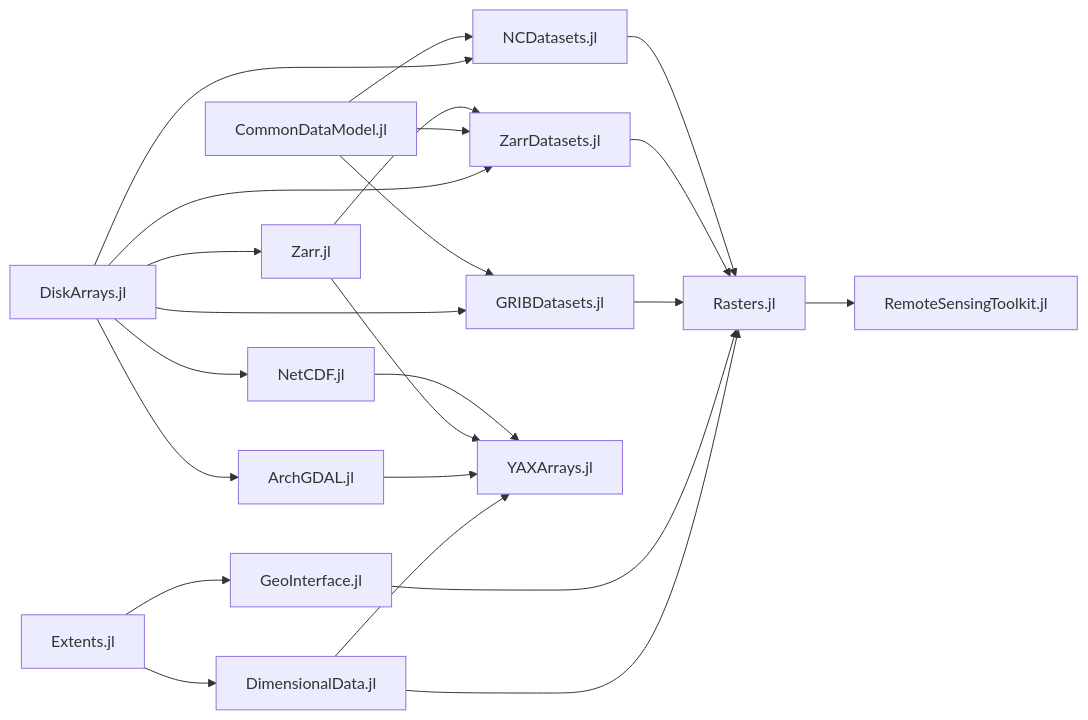
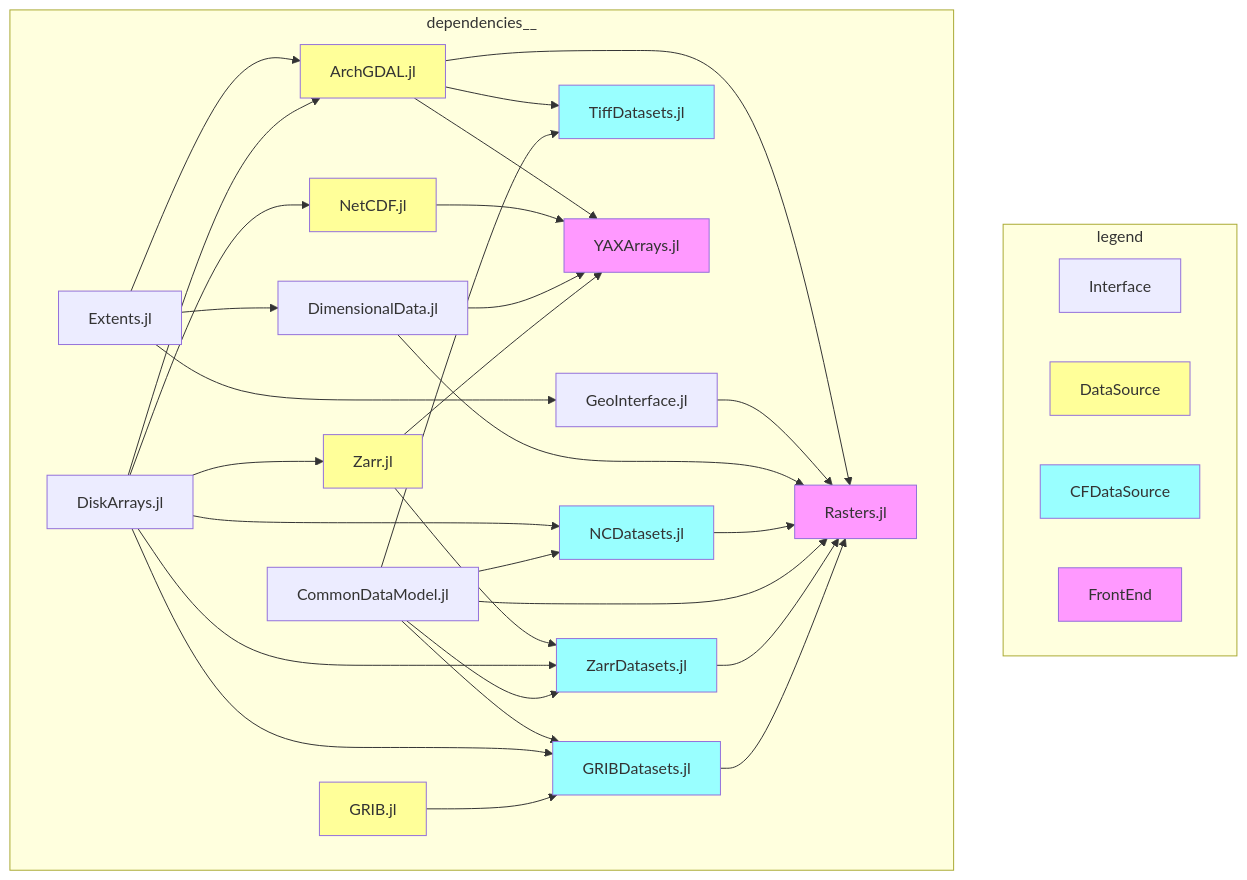
One commit to rafaqz/StateOfRasterData changed the first of 2 diagrams in index.qmd. Above: the diagram before and after it, drawn with Mermaid. The commit also changed other lines of this file, not shown here.

Commit message:
add mermaid charts

````diff
--- a/index.qmd
+++ b/index.qmd
@@ -35,25 +36,54 @@
 ```{mermaid}
-flowchart LR
-  DiskArrays.jl-->ArchGDAL.jl
-  DiskArrays.jl-->Zarr.jl
-  Zarr.jl-->ZarrDatasets.jl
-  CommonDataModel.jl-->NCDatasets.jl
-  CommonDataModel.jl-->ZarrDatasets.jl
-  CommonDataModel.jl-->GRIBDatasets.jl
-  DiskArrays.jl-->NCDatasets.jl
-  DiskArrays.jl-->ZarrDatasets.jl
-  DiskArrays.jl-->GRIBDatasets.jl
-  DiskArrays.jl-->NetCDF.jl
-  NCDatasets.jl-->Rasters.jl
-  ZarrDatasets.jl-->Rasters.jl
-  GRIBDatasets.jl-->Rasters.jl
-  Extents.jl-->GeoInterface.jl
-  Extents.jl-->DimensionalData.jl
-  GeoInterface.jl-->Rasters.jl
-  DimensionalData.jl-->Rasters.jl
-  NetCDF.jl-->YAXArrays.jl
-  Zarr.jl-->YAXArrays.jl
-  ArchGDAL.jl-->YAXArrays.jl
-  DimensionalData.jl-->YAXArrays.jl
-  Rasters.jl-->RemoteSensingToolkit.jl
+%%| echo: false
+%%| width: 50%
+flowchart
+  subgraph legend
+    Interface
+    DataSource
+    CFDataSource
+    FrontEnd
+  end
+  subgraph dependencies__
+    Extents.jl-->DimensionalData.jl
+    Extents.jl-->GeoInterface.jl
+    Extents.jl-->ArchGDAL.jl
+    ArchGDAL.jl-->TiffDatasets.jl
+    ArchGDAL.jl-->Rasters.jl
+    ArchGDAL.jl-->YAXArrays.jl
+    Zarr.jl-->ZarrDatasets.jl
+    CommonDataModel.jl-->GRIBDatasets.jl
+    DiskArrays.jl-->ArchGDAL.jl
+    DiskArrays.jl-->Zarr.jl
+    DiskArrays.jl-->ZarrDatasets.jl
+    DiskArrays.jl-->GRIBDatasets.jl
+    DiskArrays.jl-->NCDatasets.jl
+    DiskArrays.jl-->NetCDF.jl
+    CommonDataModel.jl-->TiffDatasets.jl
+    CommonDataModel.jl-->ZarrDatasets.jl
+    CommonDataModel.jl-->NCDatasets.jl
+    GeoInterface.jl-->Rasters.jl
+    DimensionalData.jl-->Rasters.jl
+    NCDatasets.jl-->Rasters.jl
+    CommonDataModel.jl-->Rasters.jl
+    ZarrDatasets.jl-->Rasters.jl
+    GRIBDatasets.jl-->Rasters.jl
+    GRIB.jl-->GRIBDatasets.jl
+    NetCDF.jl-->YAXArrays.jl
+    DimensionalData.jl-->YAXArrays.jl
+    Zarr.jl-->YAXArrays.jl
+  end
+
+style Rasters.jl fill:#f9f
+style YAXArrays.jl fill:#f9f
+style GRIBDatasets.jl fill:#9ff
+style NCDatasets.jl fill:#9ff
+style ZarrDatasets.jl fill:#9ff
+style TiffDatasets.jl fill:#9ff
+style GRIB.jl fill:#ff9
+style Zarr.jl fill:#ff9
+style NetCDF.jl fill:#ff9
+style ArchGDAL.jl fill:#ff9
+style FrontEnd fill:#f9f
+style DataSource fill:#ff9
+style CFDataSource fill:#9ff
 ```
````
